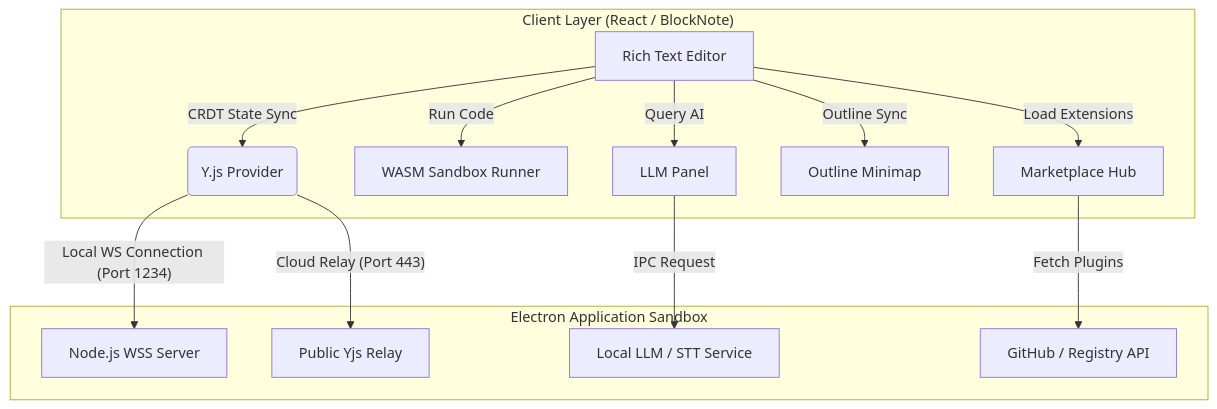
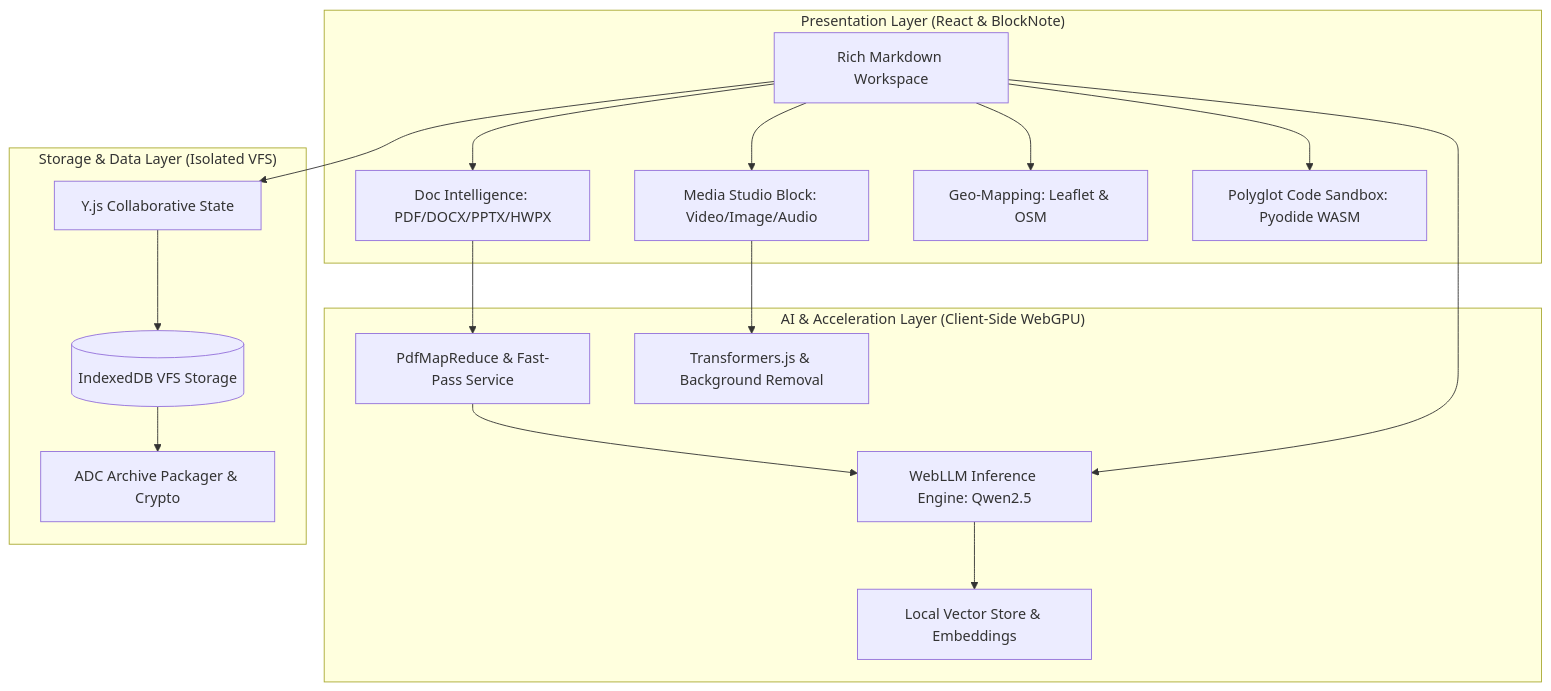
Before and after one commit to uno-km/AMEVA-Workstation-Web: the diagram in README.md, drawn with Mermaid. The commit also changed other lines of this file and 111 other files, not shown here.

Commit message:
feat(release): 0819 release v0.8.19 - multimedia studio, webgpu doc intelligence, translation, ai agent, interactive geo-mapping

````diff
--- a/README.md
+++ b/README.md
@@ -46,17 +179,31 @@
 ```mermaid
 graph TD
-    subgraph "Client Layer (React / BlockNote)"
-        A[Rich Text Editor] -- "CRDT State Sync" --> B(Y.js Provider)
-        A -- "Run Code" --> C[WASM Sandbox Runner]
-        A -- "Query AI" --> D[LLM Panel]
-        A -- "Outline Sync" --> H[Outline Minimap]
-        A -- "Load Extensions" --> I[Marketplace Hub]
+    subgraph "Presentation Layer (React & BlockNote)"
+        UI[Rich Markdown Workspace]
+        MS[Media Studio Block: Video/Image/Audio]
+        DS[Doc Intelligence: PDF/DOCX/PPTX/HWPX]
+        GM[Geo-Mapping: Leaflet & OSM]
+        CS[Polyglot Code Sandbox: Pyodide WASM]
     end
 
-    subgraph "Electron Application Sandbox"
-        B -- "Local WS Connection (Port 1234)" --> E[Node.js WSS Server]
-        B -- "Cloud Relay (Port 443)" --> F[Public Yjs Relay]
-        D -- "IPC Request" --> G[Local LLM / STT Service]
-        I -- "Fetch Plugins" --> J[GitHub / Registry API]
+    subgraph "AI & Acceleration Layer (Client-Side WebGPU)"
+        WLLM[WebLLM Inference Engine: Qwen2.5]
+        MR[PdfMapReduce & Fast-Pass Service]
+        RAG[Local Vector Store & Embeddings]
+        XN[Transformers.js & Background Removal]
     end
+
+    subgraph "Storage & Data Layer (Isolated VFS)"
+        IDB[(IndexedDB VFS Storage)]
+        ADC[ADC Archive Packager & Crypto]
+        CRDT[Y.js Collaborative State]
+    end
+
+    UI --> MS & DS & GM & CS
+    DS --> MR --> WLLM
+    UI --> WLLM
+    WLLM --> RAG
+    MS --> XN
+    UI --> CRDT --> IDB
+    IDB --> ADC
 ```
````
